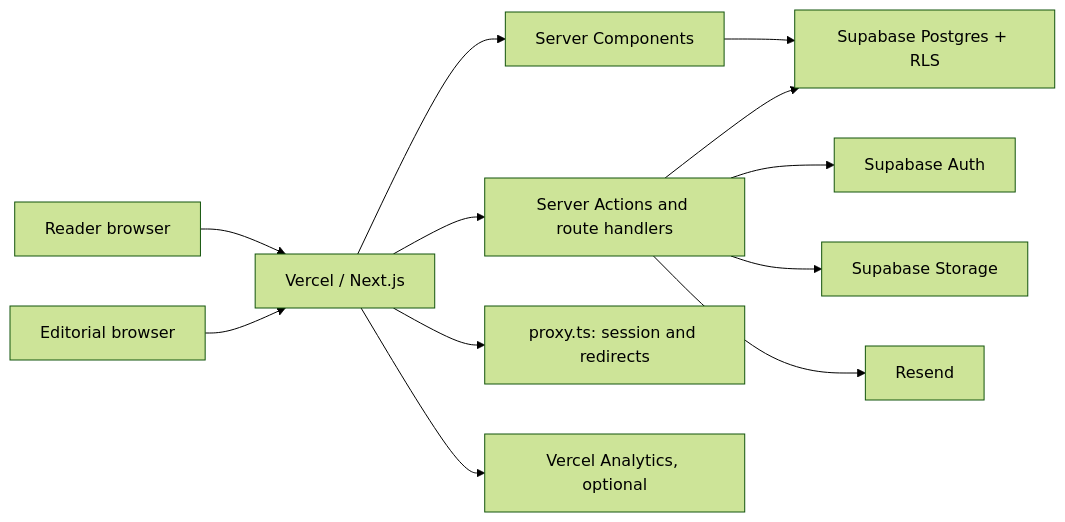
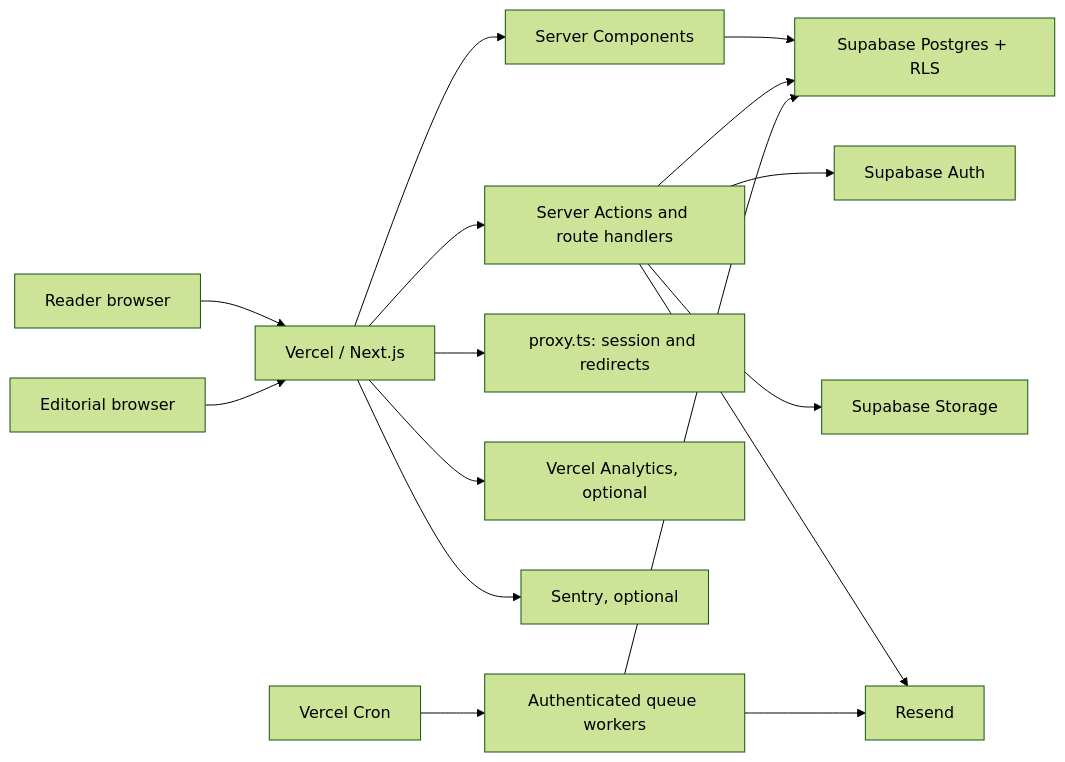
Before and after one commit to Kabir-Bisanal/topicora: the first of 3 diagrams in ARCHITECTURE.md, drawn with Mermaid (forest theme). The commit also changed other lines of this file and 74 other files, not shown here.

````diff
--- a/ARCHITECTURE.md
+++ b/ARCHITECTURE.md
@@ -7,14 +7,18 @@
 ```mermaid
 flowchart LR
   Reader["Reader browser"] --> Edge["Vercel / Next.js"]
   Editor["Editorial browser"] --> Edge
   Edge --> RSC["Server Components"]
   Edge --> Actions["Server Actions and route handlers"]
   Edge --> Proxy["proxy.ts: session and redirects"]
   RSC --> DB["Supabase Postgres + RLS"]
   Actions --> Auth["Supabase Auth"]
   Actions --> DB
   Actions --> Storage["Supabase Storage"]
   Actions --> Email["Resend"]
   Edge --> Analytics["Vercel Analytics, optional"]
+  Edge --> Sentry["Sentry, optional"]
+  Cron["Vercel Cron"] --> Workers["Authenticated queue workers"]
+  Workers --> DB
+  Workers --> Email
 ```
````
